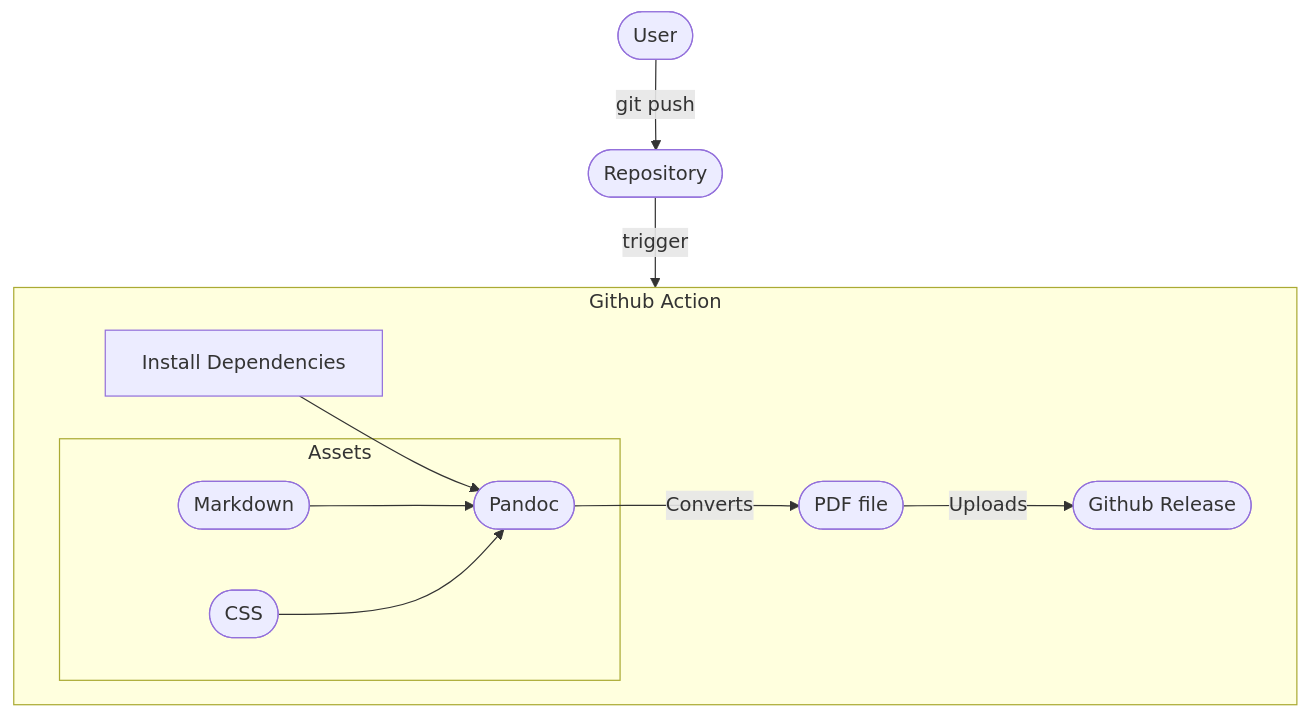
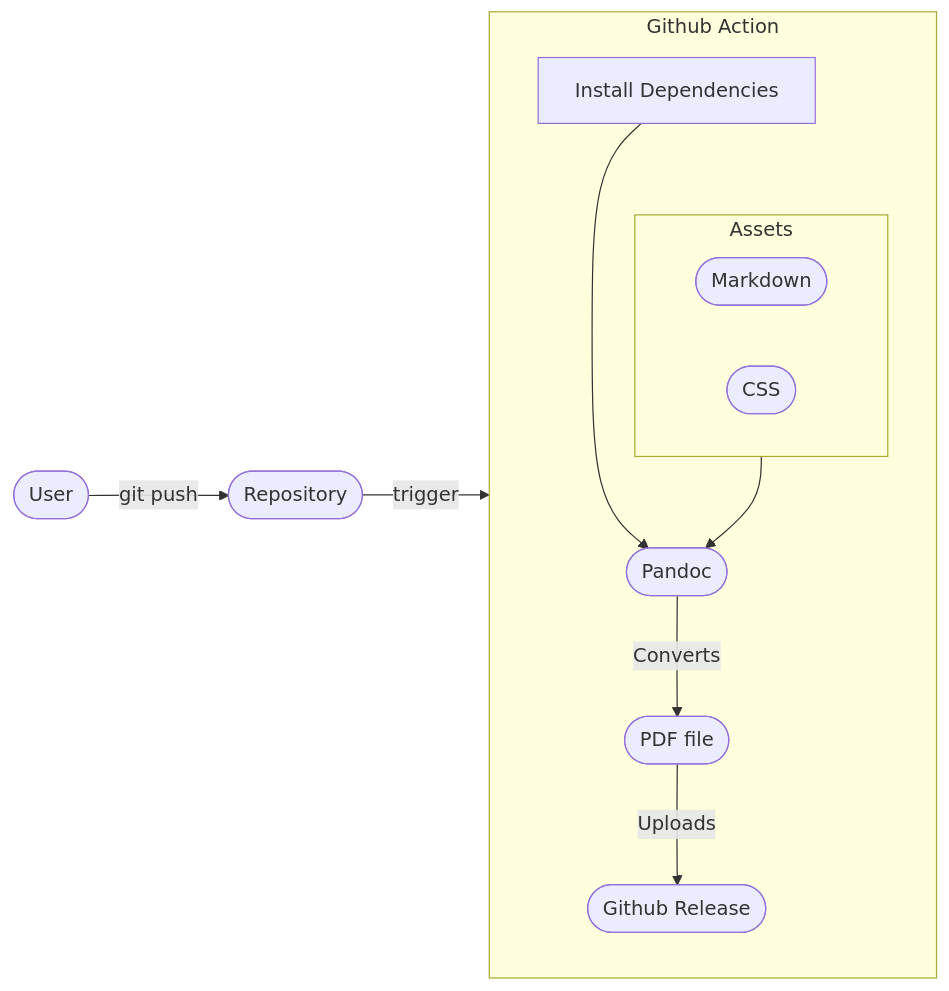
Before and after one commit to ShaharNaveh/ShaharNaveh.github.io: the diagram in content/blog/cicd-your-resume/index.md, drawn with Mermaid. The commit also changed other lines of this file, not shown here.

````diff
--- a/content/blog/cicd-your-resume/index.md
+++ b/content/blog/cicd-your-resume/index.md
@@ -17,25 +17,28 @@
 ```mermaid
-flowchart TD
+flowchart LR
   user([User])
   repository([Repository])
   action([Github Action])
   dependencies["Install Dependencies"]
   pandoc([Pandoc])
   markdown([Markdown])
   css([CSS])
   pdf([PDF file])
   release([Github Release])
   user-- git push -->repository
   repository-- trigger -->action
   subgraph action [Github Action]
+    dependencies ~~~ assets
+    assets --> pandoc
     dependencies --> pandoc
     pandoc-- Converts -->pdf
     pdf-- Uploads -->release
 
     subgraph assets [Assets]
-      markdown & css --> pandoc
+      markdown
+      css
     end
   end
 
   
 ```
````
